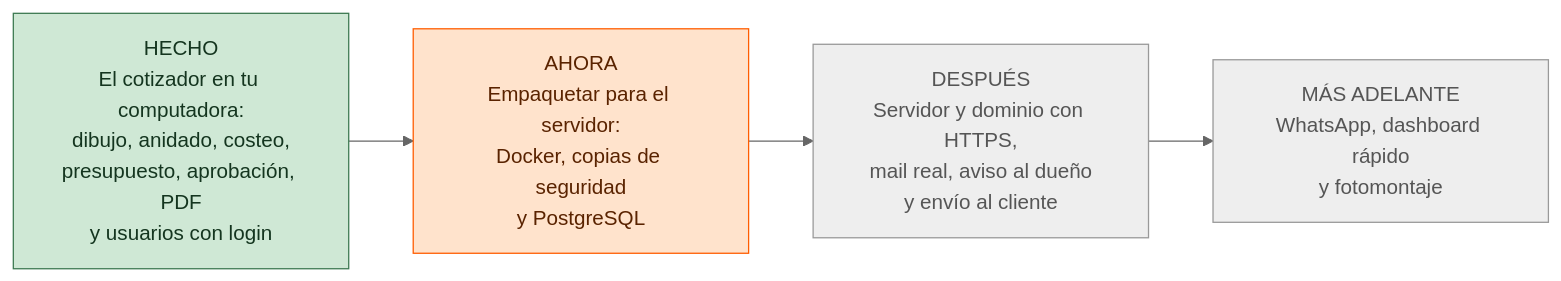
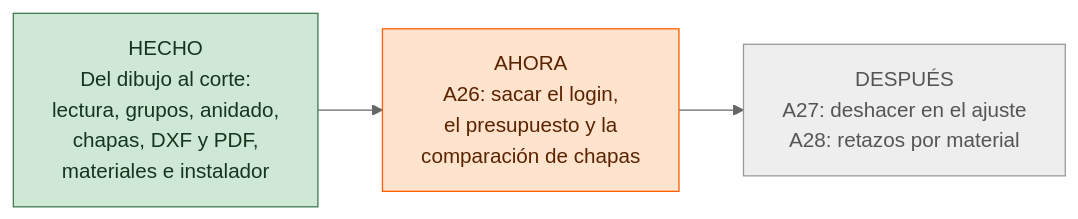
The third of 3 diagrams in README.md (enzopazzelli/carteleria), drawn with Mermaid (neutral theme) before and after one commit. The commit also changed other lines of this file and 21 other files, not shown here.

````diff
--- a/README.md
+++ b/README.md
@@ -281,15 +241,14 @@
 ```mermaid
 flowchart LR
-    H["HECHO<br/>El cotizador en tu computadora:<br/>dibujo, anidado, costeo,<br/>presupuesto, aprobación, PDF<br/>y usuarios con login"]
-    N["AHORA<br/>Empaquetar para el servidor:<br/>Docker, copias de seguridad<br/>y PostgreSQL"]
-    D["DESPUÉS<br/>Servidor y dominio con HTTPS,<br/>mail real, aviso al dueño<br/>y envío al cliente"]
-    M["MÁS ADELANTE<br/>WhatsApp, dashboard rápido<br/>y fotomontaje"]
-    H --> N --> D --> M
+    H["HECHO<br/>Del dibujo al corte:<br/>lectura, grupos, anidado,<br/>chapas, DXF y PDF,<br/>materiales e instalador"]
+    N["AHORA<br/>A26: sacar el login,<br/>el presupuesto y la<br/>comparación de chapas"]
+    D["DESPUÉS<br/>A27: deshacer en el ajuste<br/>A28: retazos por material"]
+    H --> N --> D
 
     classDef hecho fill:#cfe8d5,stroke:#3d7a52,color:#14351f
     classDef ahora fill:#ffe3cc,stroke:#ff5d00,color:#5a2300
     classDef luego fill:#eeeeee,stroke:#999,color:#555
     class H hecho
     class N ahora
-    class D,M luego
+    class D luego
 ```
````
